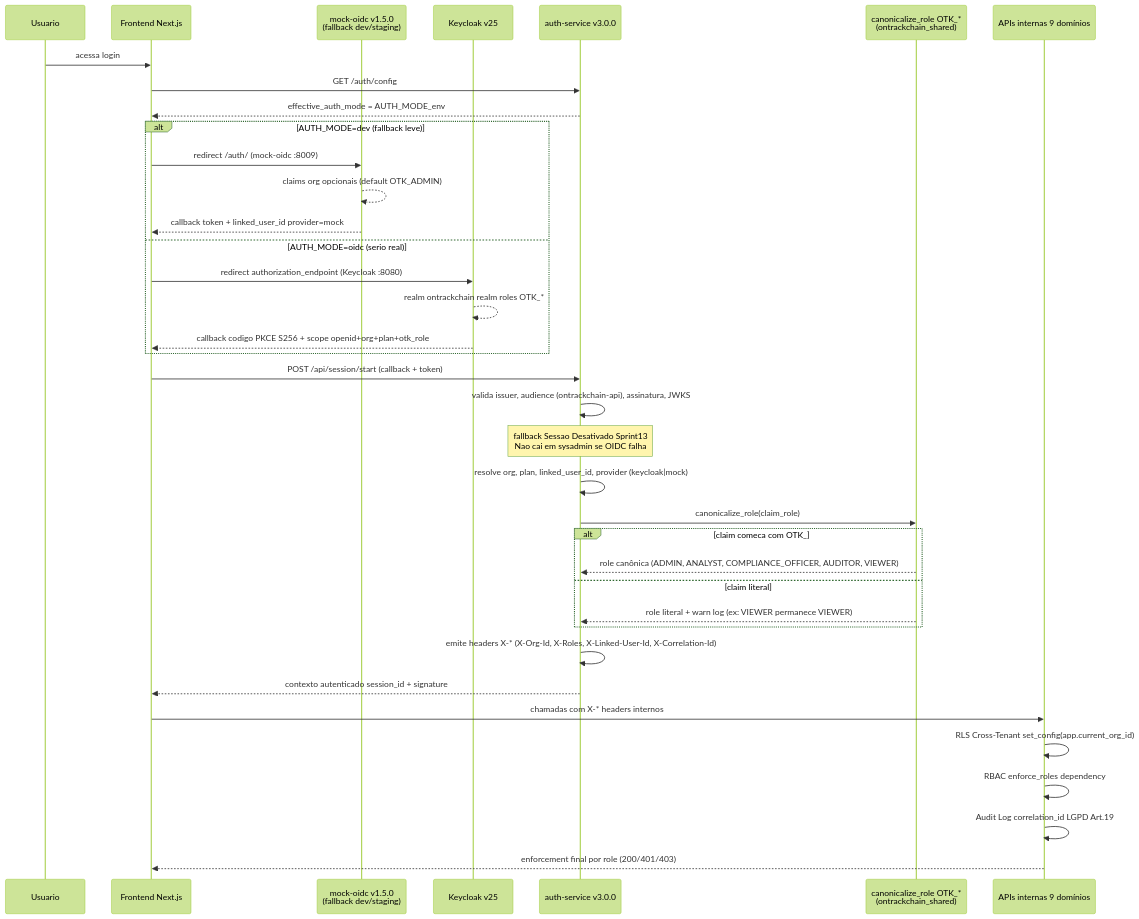
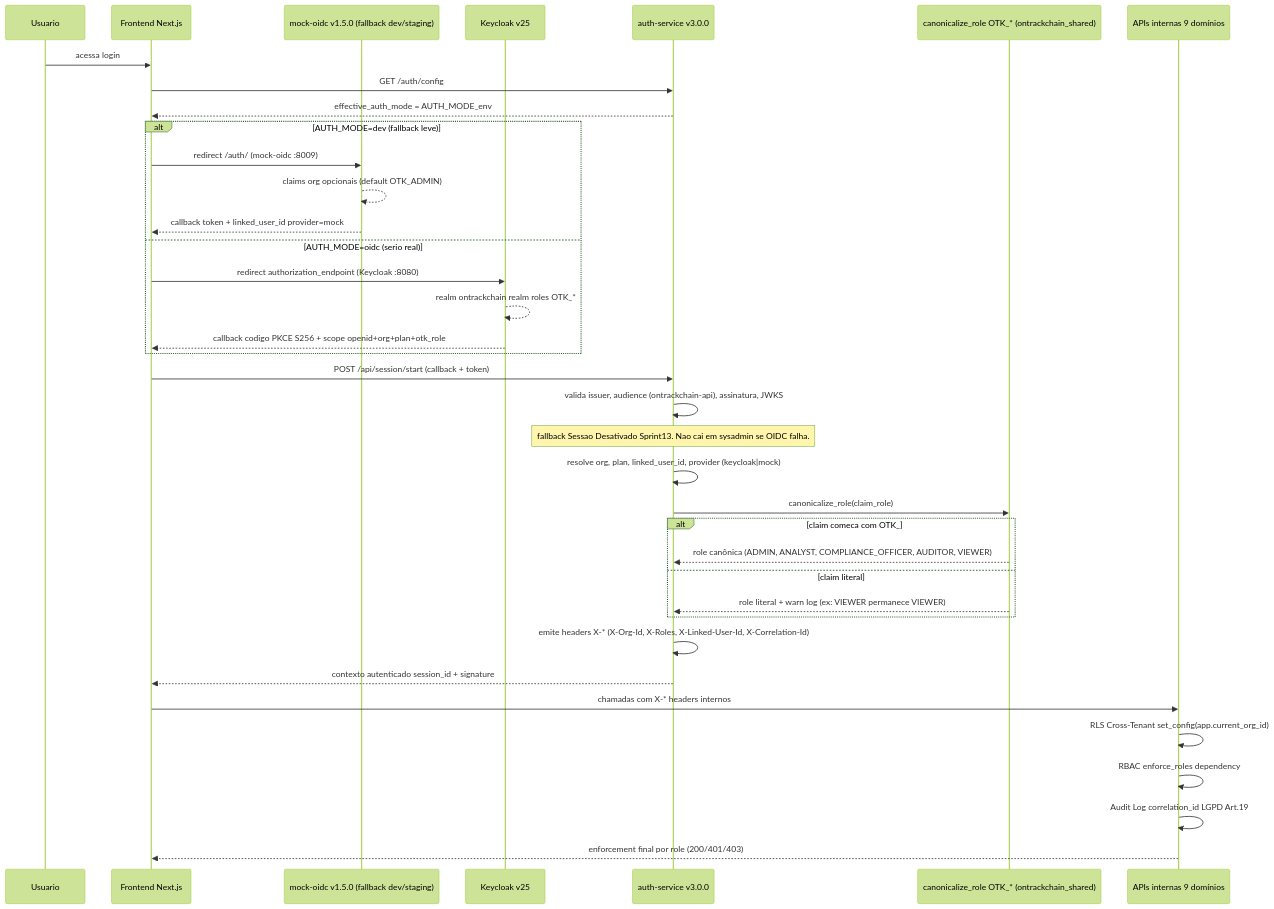
One commit to Jistriane/Ontrackchain changed the fifth of 18 diagrams in README.md. Above: the diagram before and after it, drawn with Mermaid (forest theme). The commit also changed other lines of this file, not shown here.

First line of the commit message:
fix(readme): compatibilidade EXTREMA GitHub Mermaid renderer - 4 correcoes criticas 18 diagramas.

````diff
--- a/README.md
+++ b/README.md
@@ -403,40 +426,40 @@
 ```mermaid
 sequenceDiagram
     participant U as Usuario
     participant F as Frontend Next.js
-    participant MO as mock-oidc v1.5.0<br/>(fallback dev/staging)
+    participant MO as mock-oidc v1.5.0 (fallback dev/staging)
     participant K as Keycloak v25
     participant A as auth-service v3.0.0
-    participant OTK as canonicalize_role OTK_*<br/>(ontrackchain_shared)
+    participant OTK as canonicalize_role OTK_* (ontrackchain_shared)
     participant APIs as APIs internas 9 domínios
 
     U->>F: acessa login
     F->>A: GET /auth/config
     A-->>F: effective_auth_mode = AUTH_MODE_env
     alt AUTH_MODE=dev (fallback leve)
       F->>MO: redirect /auth/ (mock-oidc :8009)
       MO-->>MO: claims org opcionais (default OTK_ADMIN)
       MO-->>F: callback token + linked_user_id provider=mock
     else AUTH_MODE=oidc (serio real)
       F->>K: redirect authorization_endpoint (Keycloak :8080)
       K-->>K: realm ontrackchain realm roles OTK_*
       K-->>F: callback codigo PKCE S256 + scope openid+org+plan+otk_role
     end
     F->>A: POST /api/session/start (callback + token)
     A->>A: valida issuer, audience (ontrackchain-api), assinatura, JWKS
-    Note over A: fallback Sessao Desativado Sprint13<br/>Nao cai em sysadmin se OIDC falha
+    Note over A: fallback Sessao Desativado Sprint13. Nao cai em sysadmin se OIDC falha.
     A->>A: resolve org, plan, linked_user_id, provider (keycloak|mock)
     A->>OTK: canonicalize_role(claim_role)
     alt claim comeca com OTK_
       OTK-->>A: role canônica (ADMIN, ANALYST, COMPLIANCE_OFFICER, AUDITOR, VIEWER)
     else claim literal
       OTK-->>A: role literal + warn log (ex: VIEWER permanece VIEWER)
     end
     A->>A: emite headers X-* (X-Org-Id, X-Roles, X-Linked-User-Id, X-Correlation-Id)
     A-->>F: contexto autenticado session_id + signature
     F->>APIs: chamadas com X-* headers internos
     APIs->>APIs: RLS Cross-Tenant set_config(app.current_org_id)
     APIs->>APIs: RBAC enforce_roles dependency
     APIs->>APIs: Audit Log correlation_id LGPD Art.19
     APIs-->>F: enforcement final por role (200/401/403)
 ```
````
